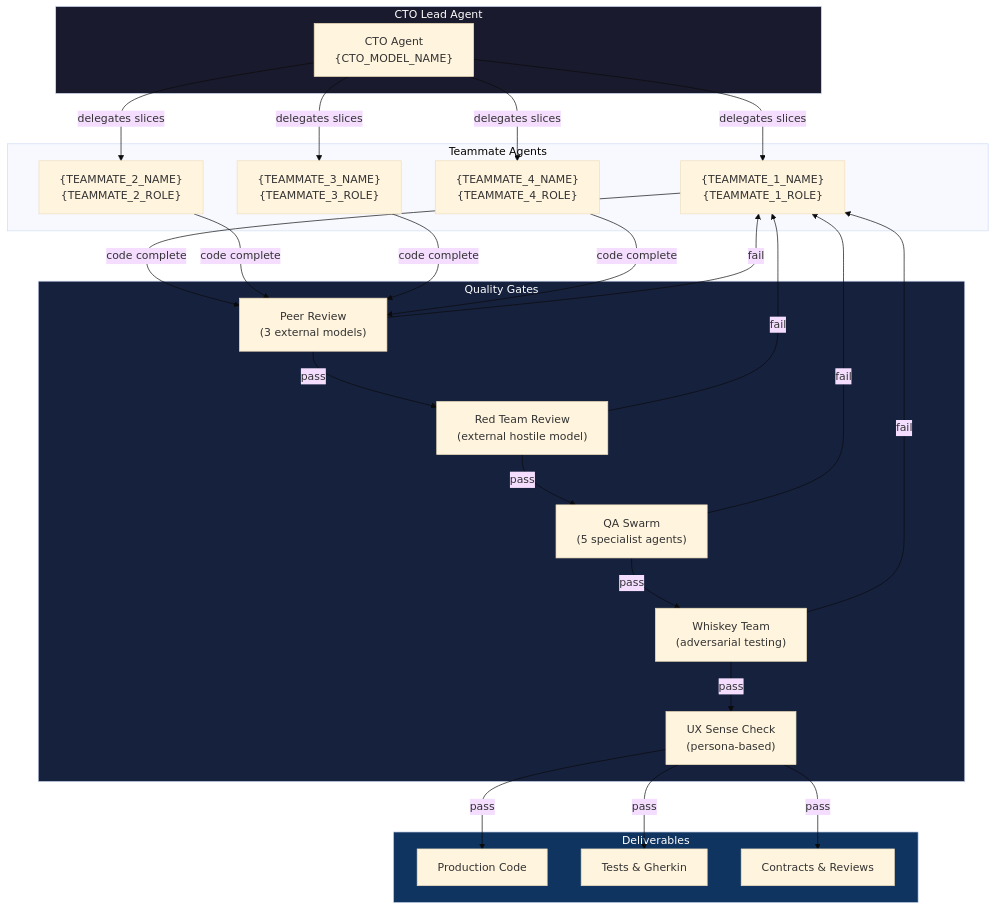
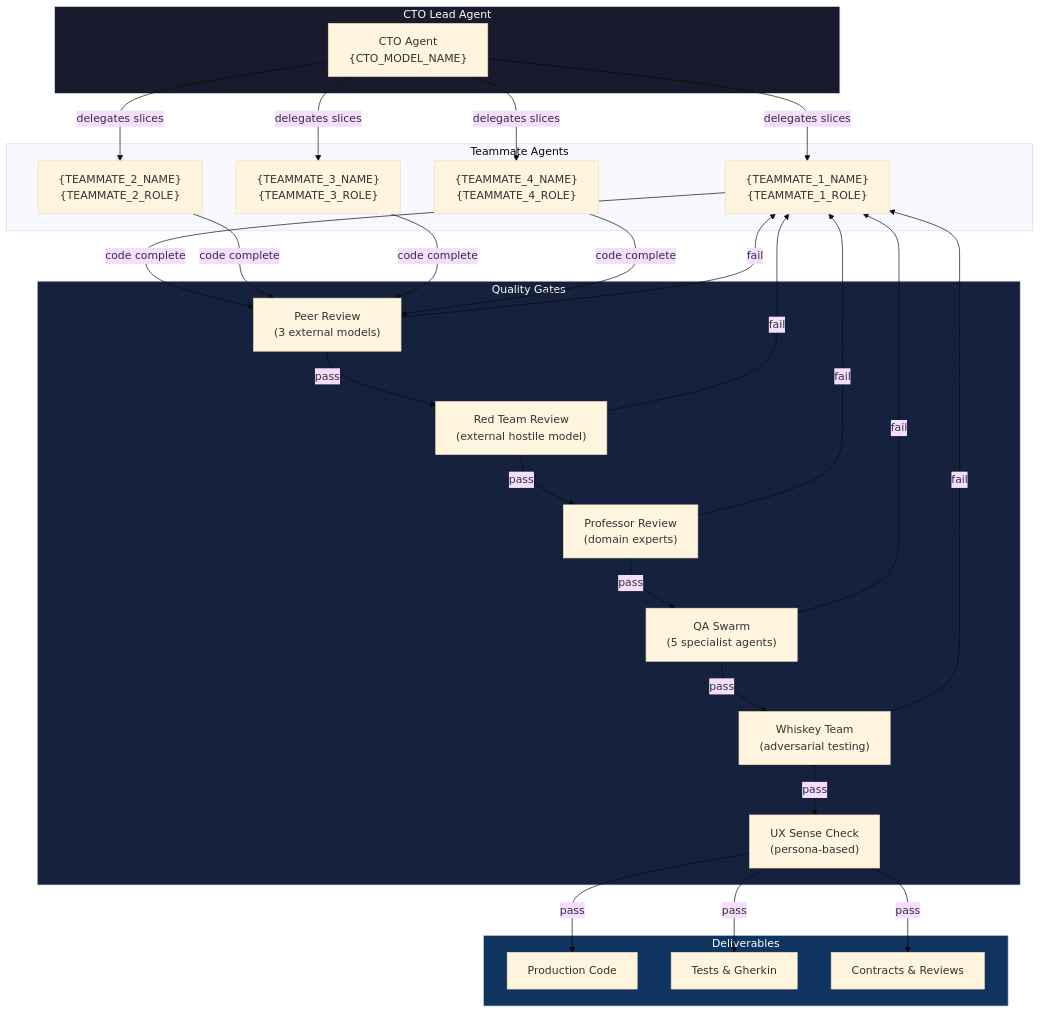
One commit to jkutasi/claude-get-started-prd-framework changed the first of 7 diagrams in examples/mermaid-diagrams.md. Above: the diagram before and after it, drawn with Mermaid (base theme). The commit also changed 12 other files, not shown here.

First line of the commit message:
feat: add Professor Review at every Red Team gate — pre-build + QA escalation

````diff
--- a/examples/mermaid-diagrams.md
+++ b/examples/mermaid-diagrams.md
@@ -11,54 +11,57 @@
 ```mermaid
 flowchart TB
     subgraph LEAD["CTO Lead Agent"]
         CTO["CTO Agent<br/>{CTO_MODEL_NAME}"]
     end
 
     subgraph TEAM["Teammate Agents"]
         DEV1["{TEAMMATE_1_NAME}<br/>{TEAMMATE_1_ROLE}"]
         DEV2["{TEAMMATE_2_NAME}<br/>{TEAMMATE_2_ROLE}"]
         DEV3["{TEAMMATE_3_NAME}<br/>{TEAMMATE_3_ROLE}"]
         DEV4["{TEAMMATE_4_NAME}<br/>{TEAMMATE_4_ROLE}"]
     end
 
     subgraph QUALITY["Quality Gates"]
         PR["Peer Review<br/>(3 external models)"]
         RT["Red Team Review<br/>(external hostile model)"]
+        PROF["Professor Review<br/>(domain experts)"]
         QA["QA Swarm<br/>(5 specialist agents)"]
         WT["Whiskey Team<br/>(adversarial testing)"]
         UX["UX Sense Check<br/>(persona-based)"]
     end
 
     subgraph ARTIFACTS["Deliverables"]
         CODE["Production Code"]
         TESTS["Tests & Gherkin"]
         DOCS["Contracts & Reviews"]
     end
 
     CTO -->|delegates slices| DEV1
     CTO -->|delegates slices| DEV2
     CTO -->|delegates slices| DEV3
     CTO -->|delegates slices| DEV4
 
     DEV1 -->|code complete| PR
     DEV2 -->|code complete| PR
     DEV3 -->|code complete| PR
     DEV4 -->|code complete| PR
 
     PR -->|pass| RT
-    RT -->|pass| QA
+    RT -->|pass| PROF
+    PROF -->|pass| QA
     QA -->|pass| WT
     WT -->|pass| UX
     UX -->|pass| CODE
     UX -->|pass| TESTS
     UX -->|pass| DOCS
 
     PR -->|fail| DEV1
     RT -->|fail| DEV1
+    PROF -->|fail| DEV1
     QA -->|fail| DEV1
     WT -->|fail| DEV1
 
     style LEAD fill:#1a1a2e,color:#fff
     style QUALITY fill:#16213e,color:#fff
     style ARTIFACTS fill:#0f3460,color:#fff
 ```
````
